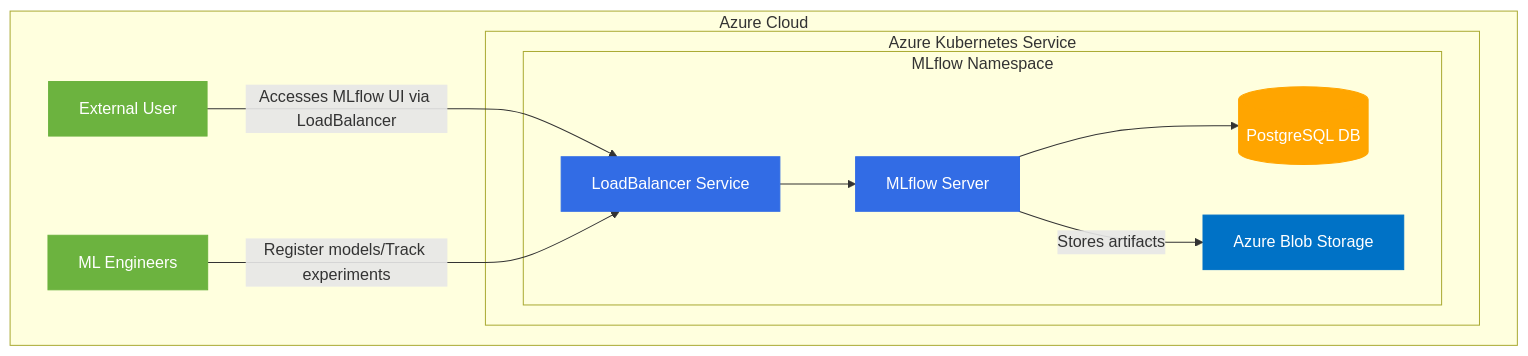
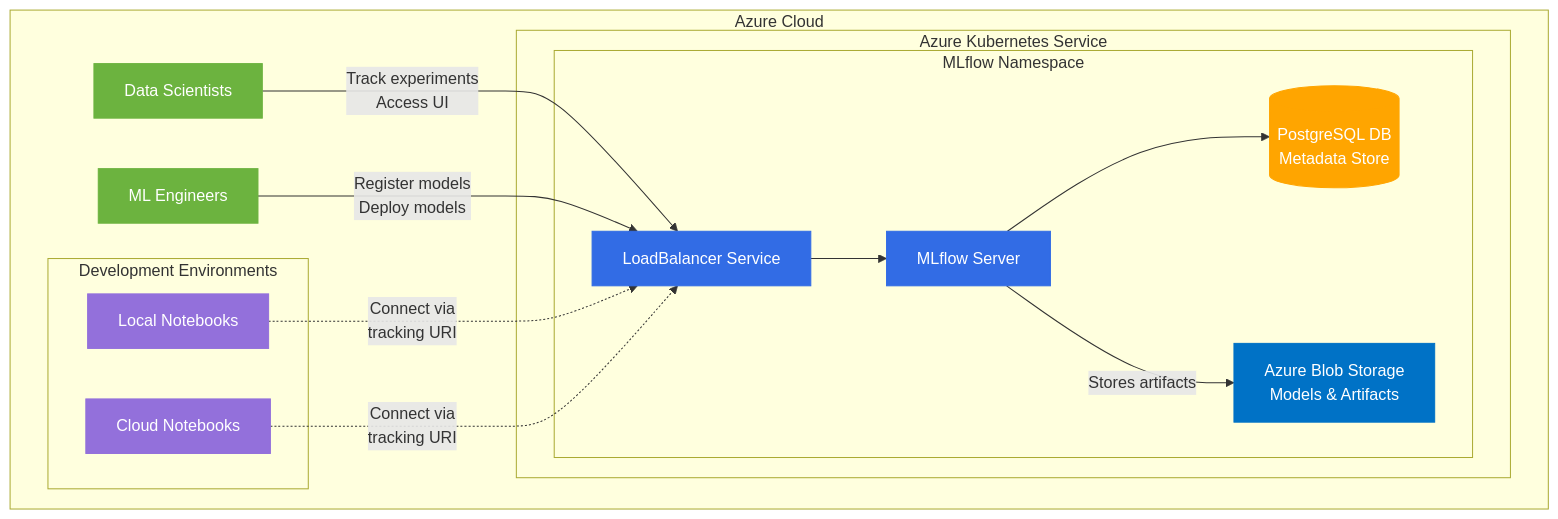
The diagram in kubernetes/README.md (tharindu-sankalpa/mlflow-enterprise-platform), drawn with Mermaid before and after one commit. The commit also changed other lines of this file, not shown here.

Commit message:
Enhance README with updated architecture diagram, improved component descriptions, and added usage examples for MLflow integration

````diff
--- a/kubernetes/README.md
+++ b/kubernetes/README.md
@@ -9,24 +9,32 @@
 ```mermaid
 graph TD
     subgraph "Azure Cloud"
         subgraph "Azure Kubernetes Service"
             subgraph "MLflow Namespace"
-                A[MLflow Server] --> B[(PostgreSQL DB)]
-                A -->|Stores artifacts| C[Azure Blob Storage]
+                A[MLflow Server] --> B[(PostgreSQL DB<br>Metadata Store)]
+                A -->|Stores artifacts| C[Azure Blob Storage<br>Models & Artifacts]
                 D[LoadBalancer Service] --> A
             end
         end
-        E[External User] -->|Accesses MLflow UI via LoadBalancer| D
-        F[ML Engineers] -->|Register models/Track experiments| D
+        
+        E[Data Scientists] -->|Track experiments<br>Access UI| D
+        F[ML Engineers] -->|Register models<br>Deploy models| D
+        
+        subgraph "Development Environments"
+            G[Local Notebooks] -.->|Connect via<br>tracking URI| D
+            H[Cloud Notebooks] -.->|Connect via<br>tracking URI| D
+        end
     end
 
     classDef azure fill:#0072C6,stroke:#0072C6,color:white;
     classDef k8s fill:#326CE5,stroke:#326CE5,color:white;
     classDef db fill:#FFA500,stroke:#FFA500,color:white;
     classDef user fill:#6CB33F,stroke:#6CB33F,color:white;
+    classDef env fill:#9370DB,stroke:#9370DB,color:white;
 
     class C azure;
     class A,B,D k8s;
     class B db;
     class E,F user;
+    class G,H env;
 ```
````
